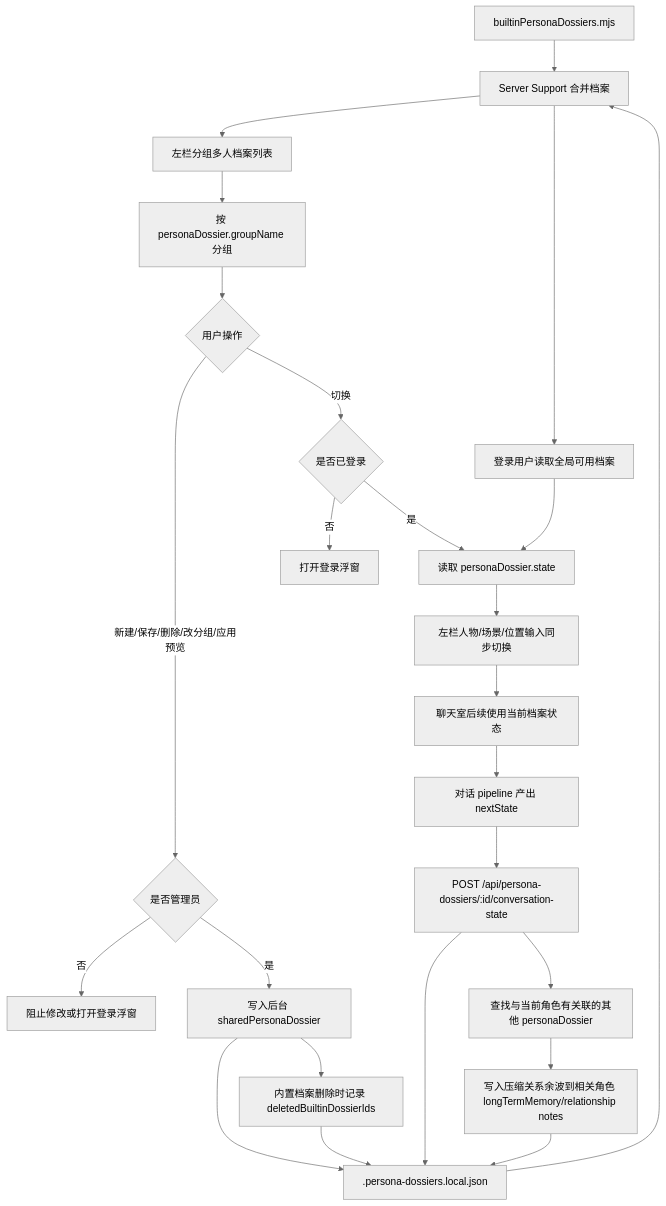
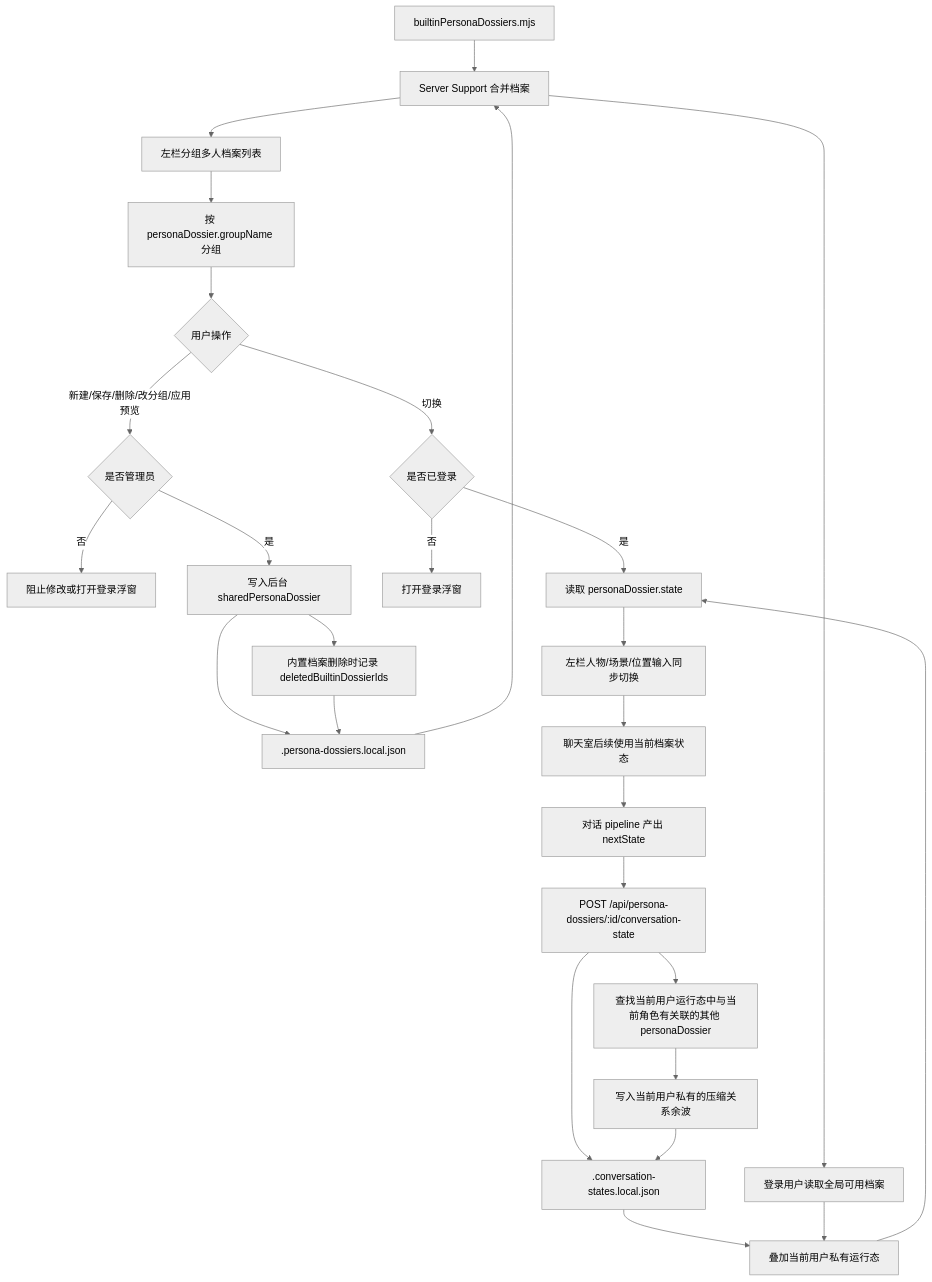
One commit to ttmanthatman/virtual-human-flow changed the ninth of 31 diagrams in docs/SYSTEM_FLOW.md. Above: the diagram before and after it, drawn with Mermaid (neutral theme). The commit also changed other lines of this file and 11 other files, not shown here.

Commit message:
fix: isolate conversation history by user and dossier

````diff
--- a/docs/SYSTEM_FLOW.md
+++ b/docs/SYSTEM_FLOW.md
@@ -217,27 +217,29 @@
 ```mermaid
 flowchart TD
     BUILTIN[builtinPersonaDossiers.mjs] --> MERGE[Server Support 合并档案]
     STORE[.persona-dossiers.local.json] --> MERGE
     MERGE --> A[左栏分组多人档案列表]
     A --> GROUP[按 personaDossier.groupName 分组]
     GROUP --> B{用户操作}
     B -- 新建/保存/删除/改分组/应用预览 --> ADMIN{是否管理员}
     ADMIN -- 否 --> BLOCK[阻止修改或打开登录浮窗]
     ADMIN -- 是 --> C[写入后台 sharedPersonaDossier]
     B -- 切换 --> LOGIN{是否已登录}
     LOGIN -- 否 --> POP[打开登录浮窗]
     LOGIN -- 是 --> D[读取 personaDossier.state]
     C --> STORE
     C --> TOMBSTONE[内置档案删除时记录 deletedBuiltinDossierIds]
     TOMBSTONE --> STORE
+    USERSTORE[.conversation-states.local.json] --> OVERLAY[叠加当前用户私有运行态]
     MERGE --> READ[登录用户读取全局可用档案]
-    READ --> D
+    READ --> OVERLAY
+    OVERLAY --> D
     D --> H[左栏人物/场景/位置输入同步切换]
     H --> I[聊天室后续使用当前档案状态]
     I --> J[对话 pipeline 产出 nextState]
     J --> K[POST /api/persona-dossiers/:id/conversation-state]
-    K --> STORE
-    K --> R[查找与当前角色有关联的其他 personaDossier]
-    R --> N[写入压缩关系余波到相关角色 longTermMemory/relationship notes]
-    N --> STORE
+    K --> USERSTORE
+    K --> R[查找当前用户运行态中与当前角色有关联的其他 personaDossier]
+    R --> N[写入当前用户私有的压缩关系余波]
+    N --> USERSTORE
 ```
````
